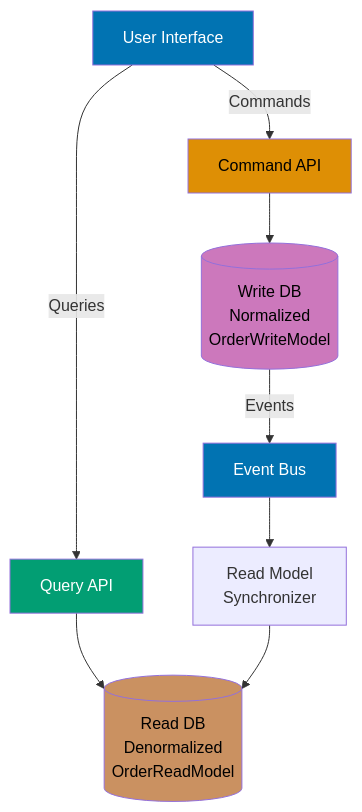
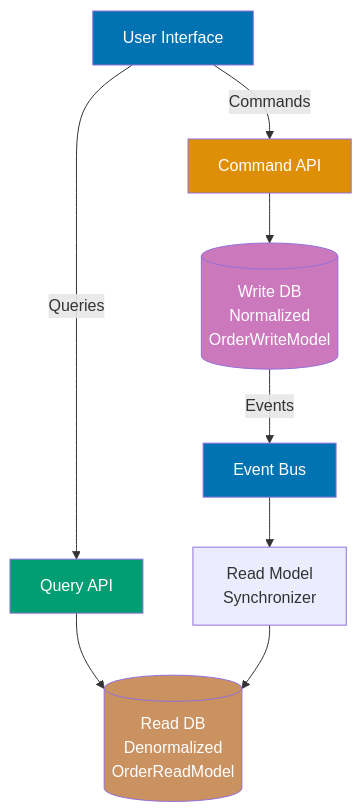
The eighth of 10 diagrams in apps/ayokoding-web/content/en/learn/software-engineering/platform-web/tools/jvm-spring-boot/by-example/advanced.md (wahidyankf/open-sharia-enterprise), drawn with Mermaid before and after one commit. The commit also changed other lines of this file and 61 other files, not shown here.

First line of the commit message:
fix(ayokoding-web): quote Mermaid node labels with special characters in Example 63

````diff
--- a/apps/ayokoding-web/content/en/learn/software-engineering/platform-web/tools/jvm-spring-boot/by-example/advanced.md
+++ b/apps/ayokoding-web/content/en/learn/software-engineering/platform-web/tools/jvm-spring-boot/by-example/advanced.md
@@ -3296,22 +3296,22 @@
 ```mermaid
 %% Color Palette: Blue #0173B2, Orange #DE8F05, Teal #029E73, Purple #CC78BC, Brown #CA9161
 flowchart TD
     UI[User Interface]
 
     UI -->|Commands| CommandAPI[Command API]
     UI -->|Queries| QueryAPI[Query API]
 
     CommandAPI --> WriteDB[(Write DB<br/>Normalized<br/>OrderWriteModel)]
     QueryAPI --> ReadDB[(Read DB<br/>Denormalized<br/>OrderReadModel)]
 
     WriteDB -->|Events| EventBus[Event Bus]
     EventBus --> ReadSync[Read Model<br/>Synchronizer]
     ReadSync --> ReadDB
 
     style UI fill:#0173B2,color:#fff
-    style CommandAPI fill:#DE8F05,color:#000
+    style CommandAPI fill:#DE8F05,color:#fff
     style QueryAPI fill:#029E73,color:#fff
-    style WriteDB fill:#CC78BC,color:#000
-    style ReadDB fill:#CA9161,color:#000
+    style WriteDB fill:#CC78BC,color:#fff
+    style ReadDB fill:#CA9161,color:#fff
     style EventBus fill:#0173B2,color:#fff
 ```
````
